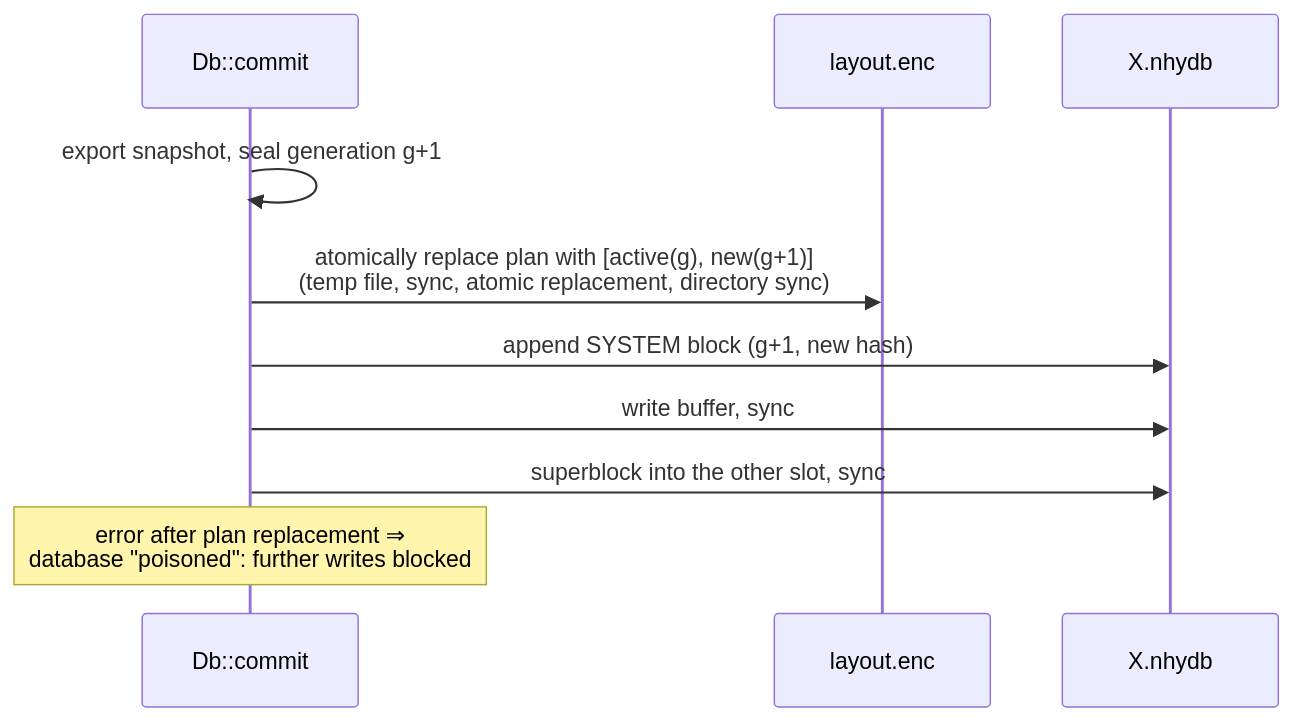
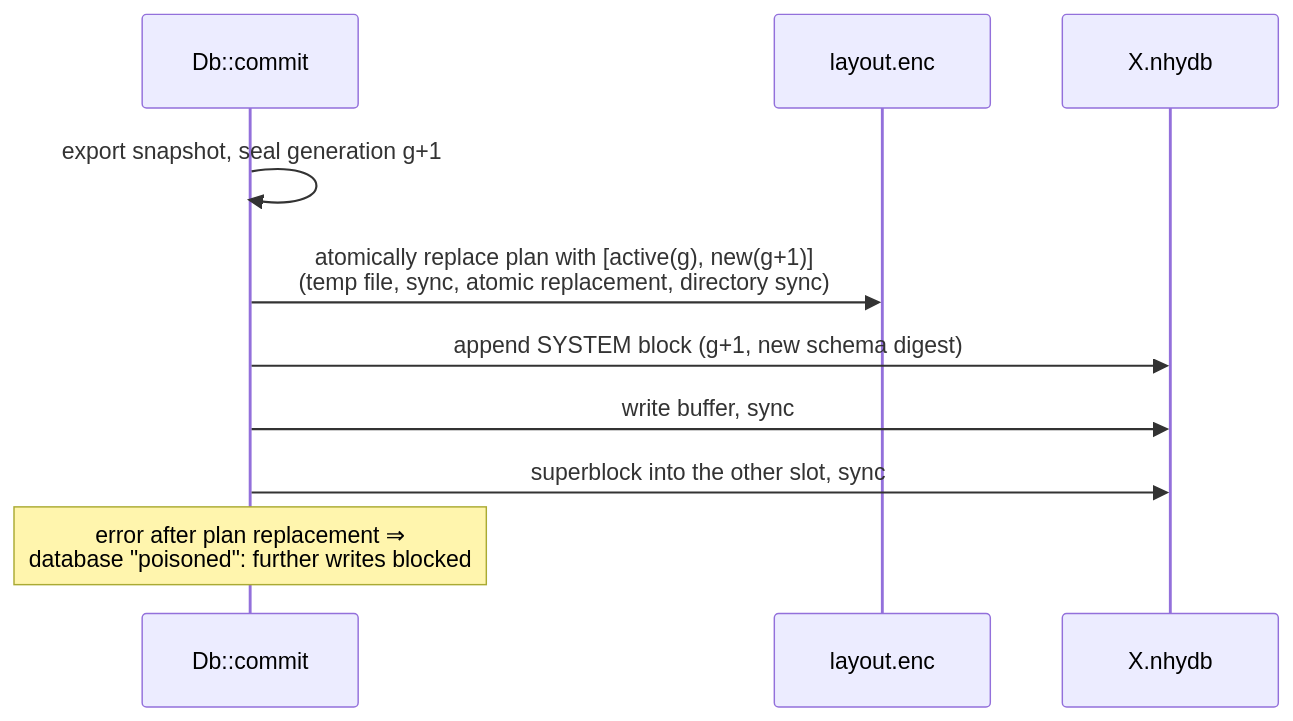
Before and after one commit to nhydb-run4/NHyDB: the fourth of 7 diagrams in docs/en/NHyDB_Technical_Documentation.md, drawn with Mermaid. The commit also changed other lines of this file and 102 other files, not shown here.

````diff
--- a/docs/en/NHyDB_Technical_Documentation.md
+++ b/docs/en/NHyDB_Technical_Documentation.md
@@ -1061,12 +1194,12 @@
 ```mermaid
 sequenceDiagram
     participant D as Db::commit
     participant P as layout.enc
     participant F as X.nhydb
     D->>D: export snapshot, seal generation g+1
     D->>P: atomically replace plan with [active(g), new(g+1)]<br/>(temp file, sync, atomic replacement, directory sync)
-    D->>F: append SYSTEM block (g+1, new hash)
+    D->>F: append SYSTEM block (g+1, new schema digest)
     D->>F: write buffer, sync
     D->>F: superblock into the other slot, sync
     Note over D: error after plan replacement ⇒<br/>database "poisoned": further writes blocked
 ```
````
